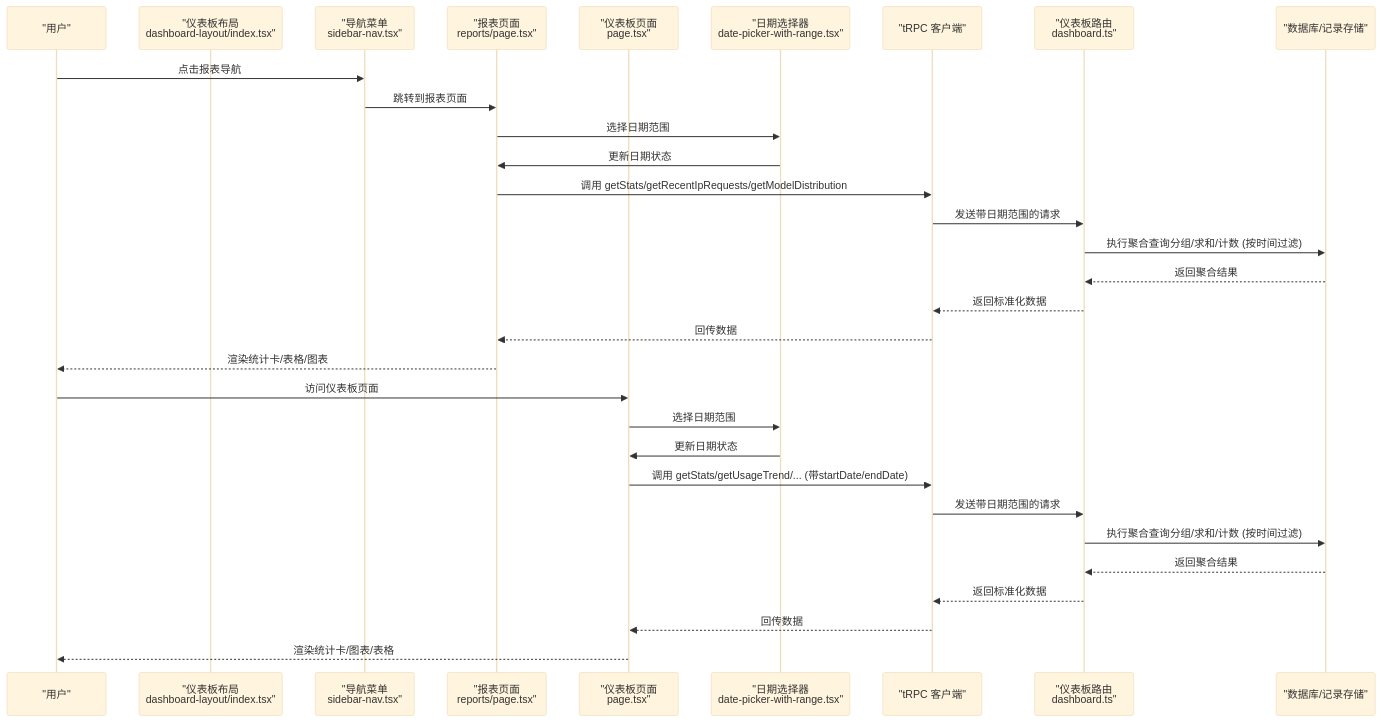
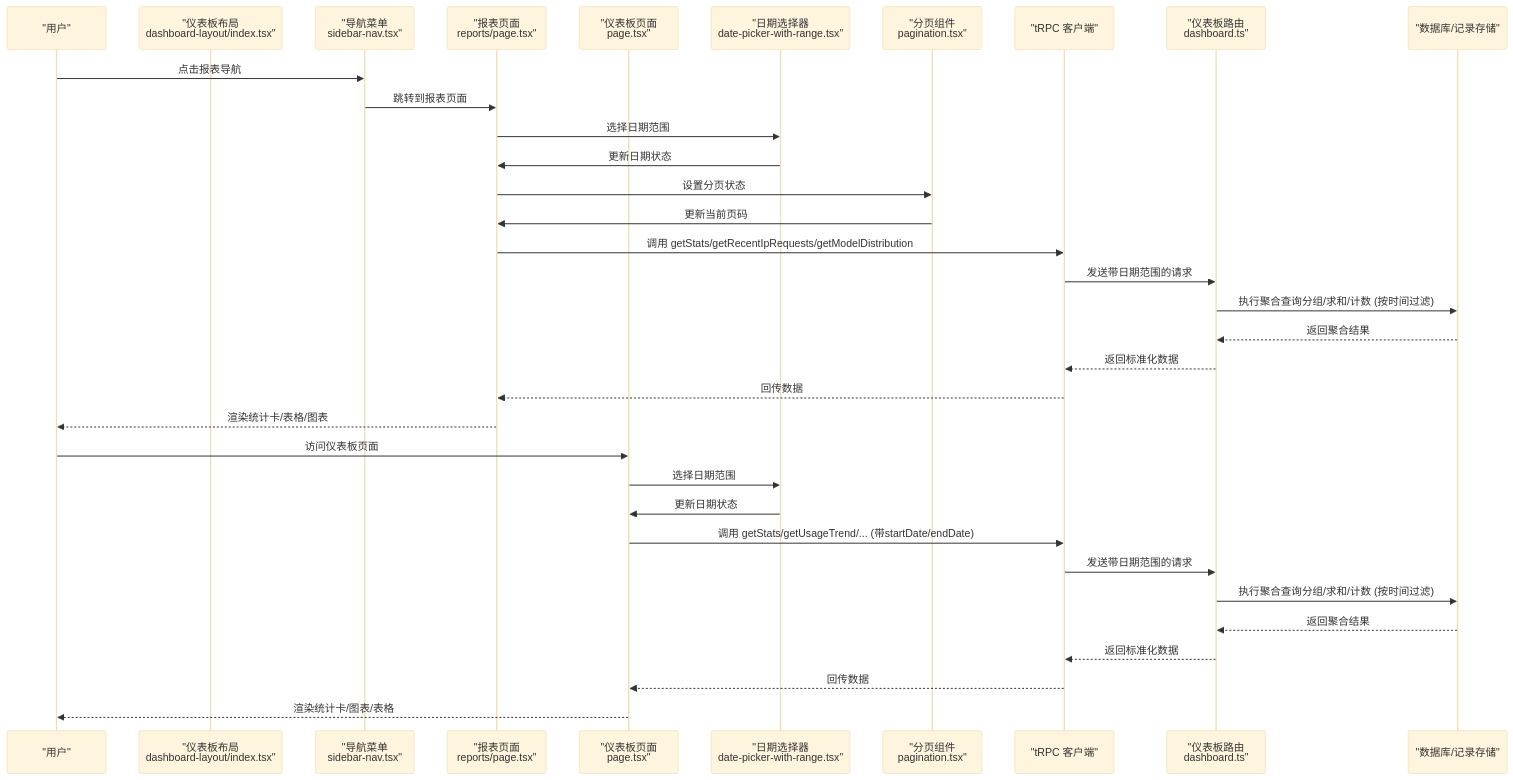
One commit to RadiumAg/AIGate changed the second of 15 diagrams in .qoder/repowiki/zh/content/监控与分析/仪表板组件.md. Above: the diagram before and after it, drawn with Mermaid (base theme). The commit also changed other lines of this file and 3 other files, not shown here.

````diff
--- a/.qoder/repowiki/zh/content/监控与分析/仪表板组件.md
+++ b/.qoder/repowiki/zh/content/监控与分析/仪表板组件.md
@@ -137,33 +155,36 @@
 ```mermaid
 sequenceDiagram
 participant U as "用户"
 participant L as "仪表板布局<br/>dashboard-layout/index.tsx"
 participant N as "导航菜单<br/>sidebar-nav.tsx"
 participant RP as "报表页面<br/>reports/page.tsx"
 participant P as "仪表板页面<br/>page.tsx"
 participant D as "日期选择器<br/>date-picker-with-range.tsx"
+participant PG as "分页组件<br/>pagination.tsx"
 participant T as "tRPC 客户端"
 participant R as "仪表板路由<br/>dashboard.ts"
 participant DB as "数据库/记录存储"
 U->>N : 点击报表导航
 N->>RP : 跳转到报表页面
 RP->>D : 选择日期范围
 D->>RP : 更新日期状态
+RP->>PG : 设置分页状态
+PG->>RP : 更新当前页码
 RP->>T : 调用 getStats/getRecentIpRequests/getModelDistribution
 T->>R : 发送带日期范围的请求
 R->>DB : 执行聚合查询分组/求和/计数 (按时间过滤)
 DB-->>R : 返回聚合结果
 R-->>T : 返回标准化数据
 T-->>RP : 回传数据
 RP-->>U : 渲染统计卡/表格/图表
 U->>P : 访问仪表板页面
 P->>D : 选择日期范围
 D->>P : 更新日期状态
 P->>T : 调用 getStats/getUsageTrend/... (带startDate/endDate)
 T->>R : 发送带日期范围的请求
 R->>DB : 执行聚合查询分组/求和/计数 (按时间过滤)
 DB-->>R : 返回聚合结果
 R-->>T : 返回标准化数据
 T-->>P : 回传数据
 P-->>U : 渲染统计卡/图表/表格
 ```
````
